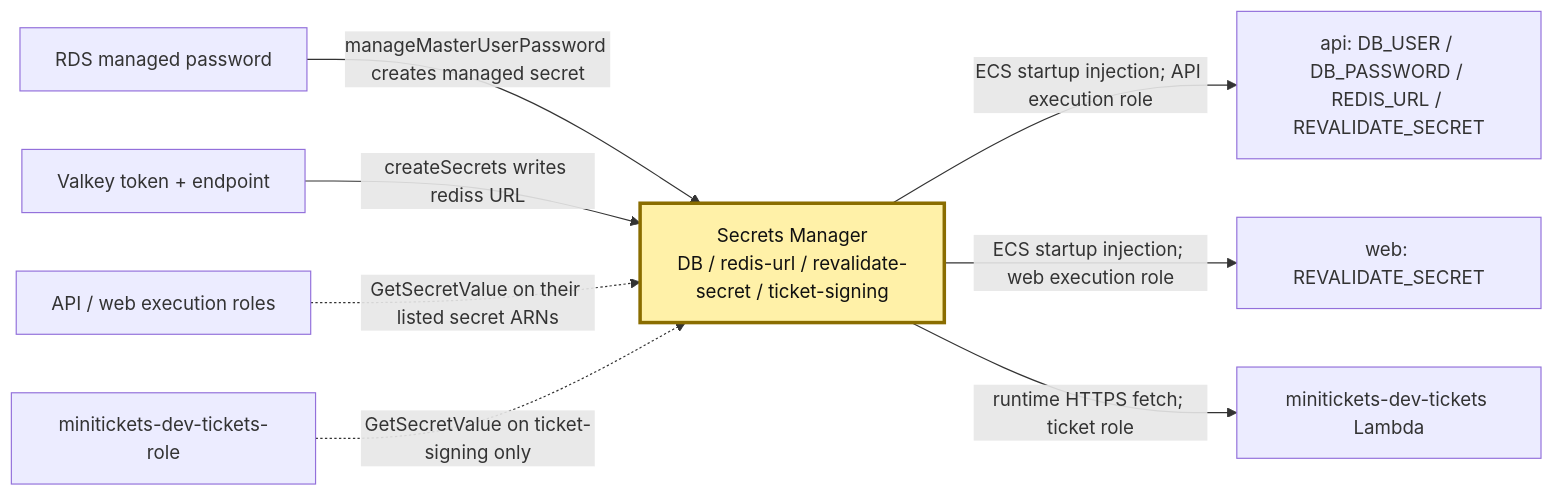
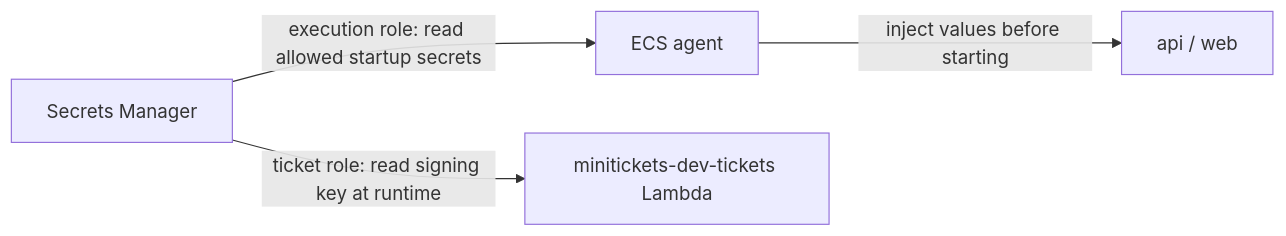
The diagram in docs/handbook/concepts/secrets-manager.md (maheshnd/minitickets), drawn with Mermaid before and after one commit. The commit also changed other lines of this file and 39 other files, not shown here.

````diff
--- a/docs/handbook/concepts/secrets-manager.md
+++ b/docs/handbook/concepts/secrets-manager.md
@@ -14,12 +18,6 @@
 ```mermaid
 flowchart LR
-    db["RDS managed password"] -->|"manageMasterUserPassword creates managed secret"| safe["Secrets Manager<br/>DB / redis-url / revalidate-secret / ticket-signing"]
-    cache["Valkey token + endpoint"] -->|"createSecrets writes rediss URL"| safe
-    role["API / web execution roles"] -.->|"GetSecretValue on their listed secret ARNs"| safe
-    safe -->|"ECS startup injection; API execution role"| api["api: DB_USER / DB_PASSWORD / REDIS_URL / REVALIDATE_SECRET"]
-    safe -->|"ECS startup injection; web execution role"| web["web: REVALIDATE_SECRET"]
-    ticketrole["minitickets-dev-tickets-role"] -.->|"GetSecretValue on ticket-signing only"| safe
-    safe -->|"runtime HTTPS fetch; ticket role"| worker["minitickets-dev-tickets Lambda"]
-    classDef focus fill:#fff1a8,stroke:#8a6d00,stroke-width:3px,color:#111
-    class safe focus
+    safe["Secrets Manager"] -->|"execution role: read allowed startup secrets"| ecs["ECS agent"]
+    ecs -->|"inject values before starting"| apps["api / web"]
+    safe -->|"ticket role: read signing key at runtime"| worker["minitickets-dev-tickets Lambda"]
 ```
````
